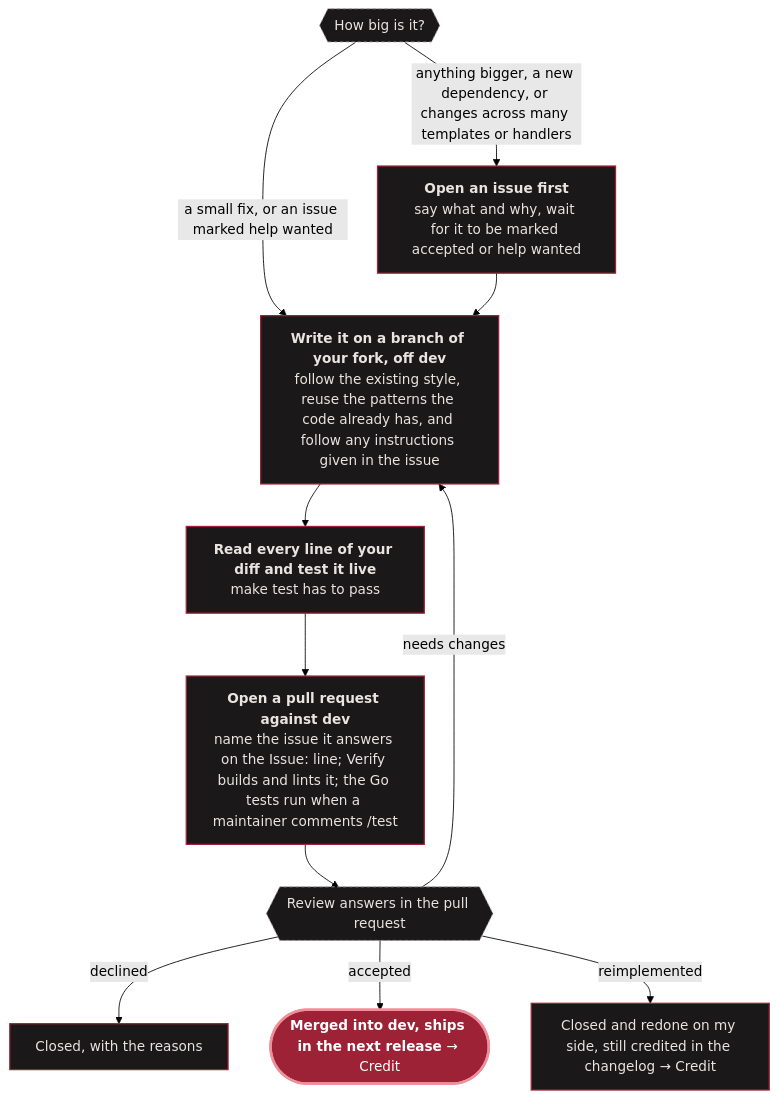
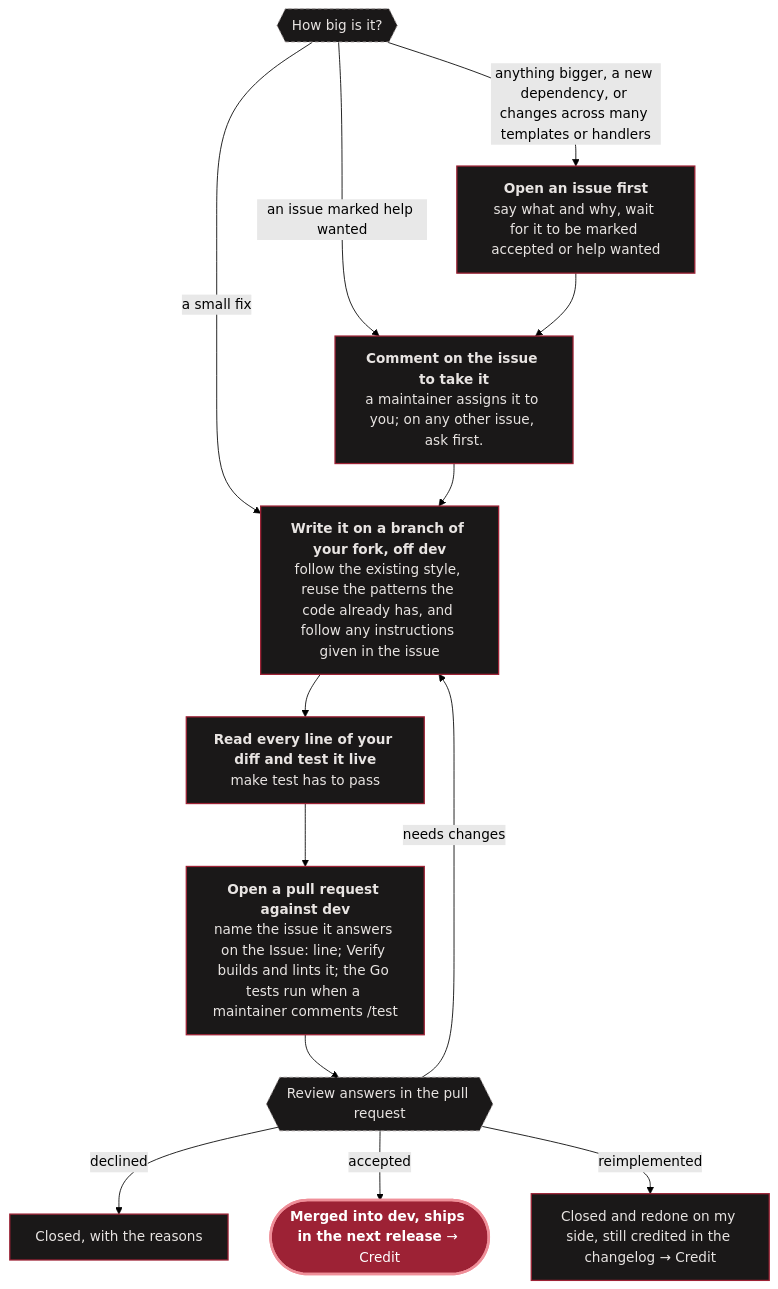
Before and after one commit to monbooru/monbooru: the fourth of 8 diagrams in CONTRIBUTING.md, drawn with Mermaid (forest theme). The commit also changed other lines of this file and 229 other files, not shown here.

````diff
--- a/CONTRIBUTING.md
+++ b/CONTRIBUTING.md
@@ -130,34 +130,37 @@
 ```mermaid
 ---
 config:
   layout: dagre
   flowchart:
     wrappingWidth: 220
 ---
 flowchart TD
     size{{"How big is it?"}}
-    size -->|"a small fix, or an issue marked help wanted"| branch
+    size -->|"a small fix"| branch
+    size -->|"an issue marked help wanted"| claim["`**Comment on the issue to take it**
+    a maintainer assigns it to you; on any other issue, ask first.`"]
     size -->|"anything bigger, a new dependency, or changes across many templates or handlers"| ask["`**Open an issue first**
     say what and why, wait for it to be marked accepted or help wanted`"]
-    ask --> branch["`**Write it on a branch of your fork, off dev**
+    ask --> claim
+    claim --> branch["`**Write it on a branch of your fork, off dev**
     follow the existing style, reuse the patterns the code already has, and follow any instructions given in the issue`"]
     branch --> self["`**Read every line of your diff and test it live**
     make test has to pass`"]
     self --> pr["`**Open a pull request against dev**
     name the issue it answers on the Issue: line; Verify builds and lints it; the Go tests run when a maintainer comments /test`"]
     pr --> review{{"Review answers in the pull request"}}
     review -->|"needs changes"| branch
     review -->|"declined"| declined["`Closed, with the reasons`"]
     review -->|"accepted"| ship(["`**Merged into dev, ships in the next release** → Credit`"])
     review -->|"reimplemented"| redone["`Closed and redone on my side, still credited in the changelog → Credit`"]
 
     class ship hub;
-    class ask,branch,self,pr,declined,redone step;
+    class ask,claim,branch,self,pr,declined,redone step;
     class size,review ask;
 
     classDef hub  fill:#9d2235,stroke:#ef8f99,stroke-width:3px,color:#ffffff;
     classDef case fill:#3a161c,stroke:#ef8f99,stroke-width:1.5px,color:#ffffff;
     classDef step fill:#1a1818,stroke:#9d2235,stroke-width:1.5px,color:#e8e4e2;
     classDef ask  fill:#1a1818,stroke:#a09898,stroke-width:1px,stroke-dasharray:4 3,color:#e8e4e2;
     classDef repo fill:#1a1818,stroke:#a09898,stroke-width:1px,color:#a09898;
 ```
````
